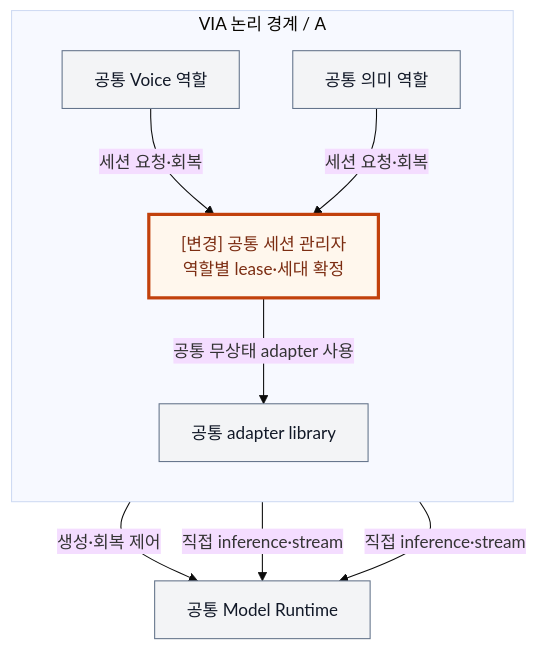
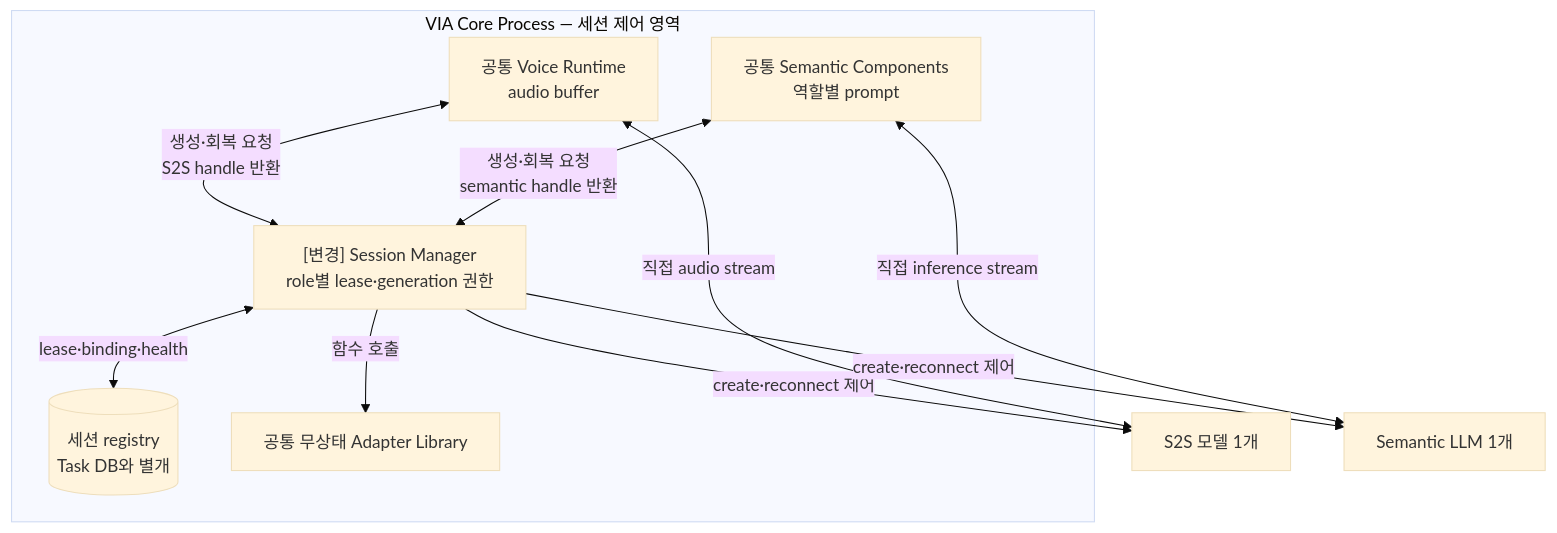
One commit to cbyche/via-sw-architecture changed the second of 4 diagrams in docs/architecture/12-decisions/via-dp-10-model-session-authority.md. Above: the diagram before and after it, drawn with Mermaid (base theme). The commit also changed other lines of this file and 59 other files, not shown here.

Commit message:
docs: consolidate comprehensive VIA decision inventory and implementation diagrams

````diff
--- a/docs/architecture/12-decisions/via-dp-10-model-session-authority.md
+++ b/docs/architecture/12-decisions/via-dp-10-model-session-authority.md
@@ -45,17 +53,13 @@
 ```mermaid
 flowchart TB
- subgraph V["VIA 논리 경계 / A"]
- direction TB
- R["공통 Voice 역할"] -->|세션 요청·회복| G["[변경] 공통 세션 관리자<br/>역할별 lease·세대 확정"]
- C["공통 의미 역할"] -->|세션 요청·회복| G
- G -->|공통 무상태 adapter 사용| L["공통 adapter library"]
+ subgraph V["VIA Core Process — 세션 제어 영역"]
+ W["공통 Voice Runtime<br/>audio buffer"] <-->|"생성·회복 요청<br/>S2S handle 반환"| G["[변경] Session Manager<br/>role별 lease·generation 권한"]
+ C["공통 Semantic Components<br/>역할별 prompt"] <-->|"생성·회복 요청<br/>semantic handle 반환"| G
+ G <-->|"lease·binding·health"| R[("세션 registry<br/>Task DB와 별개")]
+ G -->|"함수 호출"| L["공통 무상태 Adapter Library"]
  end
- G -->|생성·회복 제어| M["공통 Model Runtime"]
- R -->|직접 inference·stream| M
- C -->|직접 inference·stream| M
-
-classDef common fill:#F3F4F6,stroke:#64748B,color:#111827;
-classDef change fill:#FFF7ED,stroke:#C2410C,stroke-width:3px,color:#7C2D12;
-class R,C,L,M common;
-class G change;
+ G -->|"create·reconnect 제어"| S["S2S 모델 1개"]
+ G -->|"create·reconnect 제어"| M["Semantic LLM 1개"]
+ W <-->|"직접 audio stream"| S
+ C <-->|"직접 inference stream"| M
 ```
````
